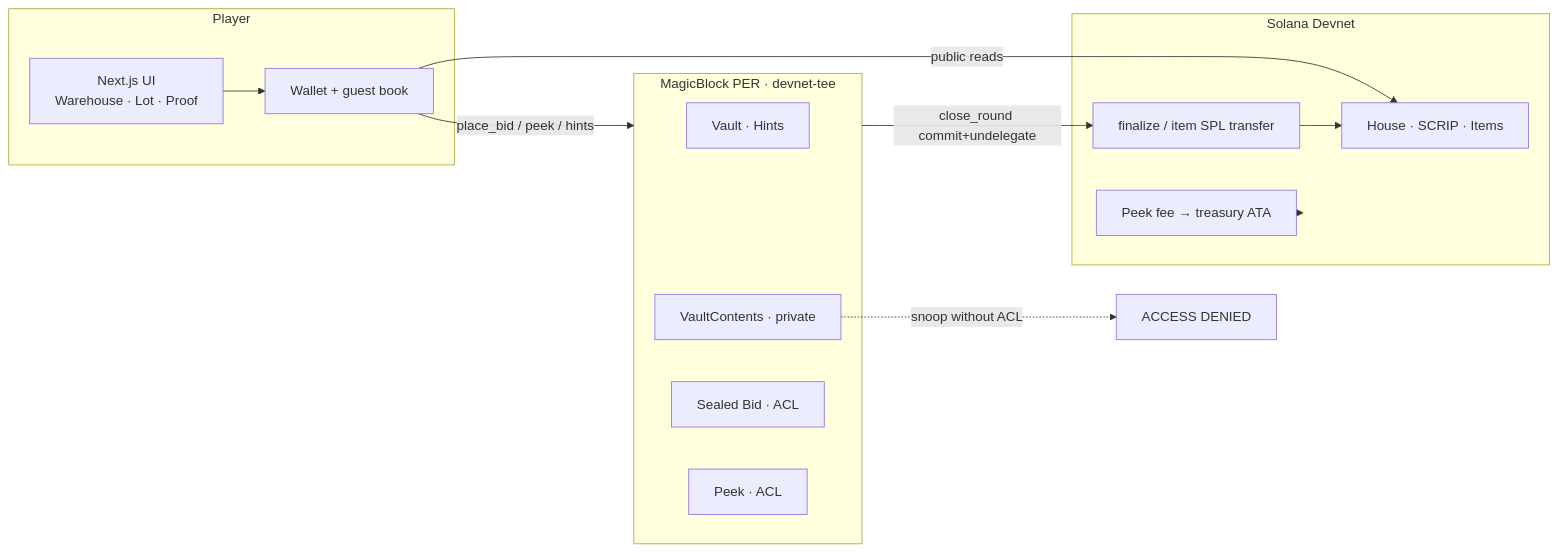
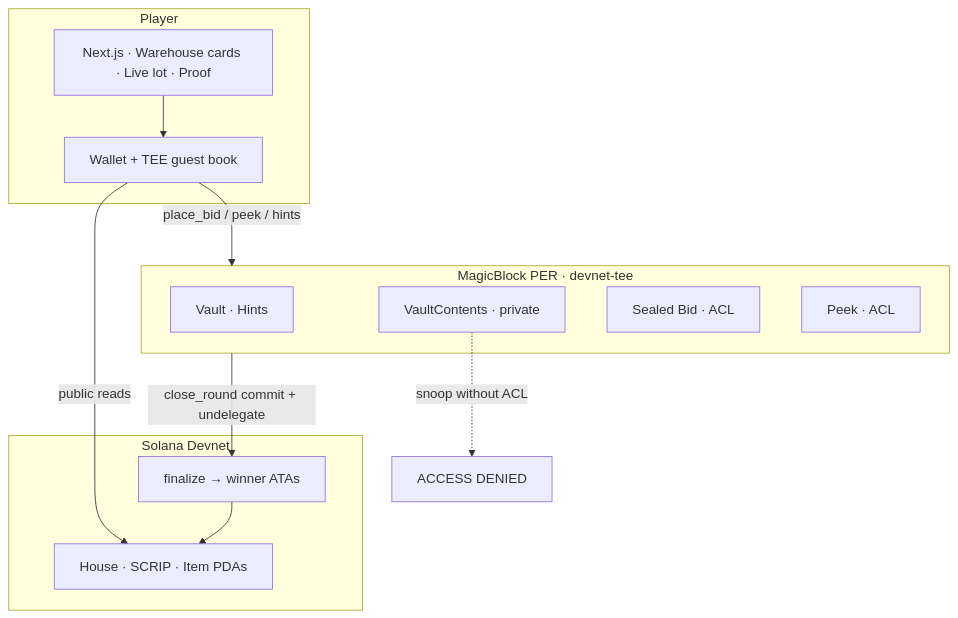
Before and after one commit to Aditya-linux/BlindVault: the first of 2 diagrams in README.md, drawn with Mermaid. The commit also changed other lines of this file and 12 other files, not shown here.

````diff
--- a/README.md
+++ b/README.md
@@ -51,28 +49,26 @@
 ```mermaid
-flowchart LR
-  subgraph Player["Player"]
-    UI["Next.js UI<br/>Warehouse · Lot · Proof"]
-    W["Wallet + guest book"]
+flowchart TB
+  subgraph Player
+    UI["Next.js · Warehouse cards · Live lot · Proof"]
+    W["Wallet + TEE guest book"]
   end
 
   subgraph Solana["Solana Devnet"]
-    House["House · SCRIP · Items"]
-    Fin["finalize / item SPL transfer"]
-    Fee["Peek fee → treasury ATA"]
+    House["House · SCRIP · Item PDAs"]
+    Fin["finalize → winner ATAs"]
   end
 
-  subgraph TEE["MagicBlock PER · devnet-tee"]
+  subgraph PER["MagicBlock PER · devnet-tee"]
     V["Vault · Hints"]
     C["VaultContents · private"]
     B["Sealed Bid · ACL"]
     P["Peek · ACL"]
   end
 
   UI --> W
   W -->|public reads| House
-  W -->|place_bid / peek / hints| TEE
-  Fee --> Solana
-  TEE -->|close_round commit+undelegate| Fin
+  W -->|place_bid / peek / hints| PER
+  PER -->|close_round commit + undelegate| Fin
   Fin --> House
-  C -.->|snoop without ACL| X["ACCESS DENIED"]
+  C -.->|snoop without ACL| Deny["ACCESS DENIED"]
 ```
````
